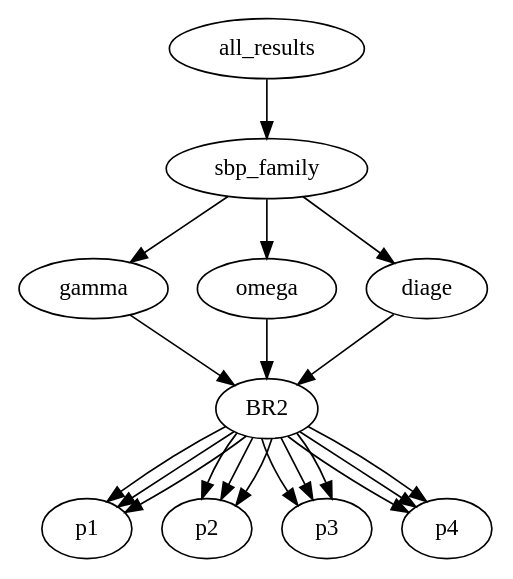
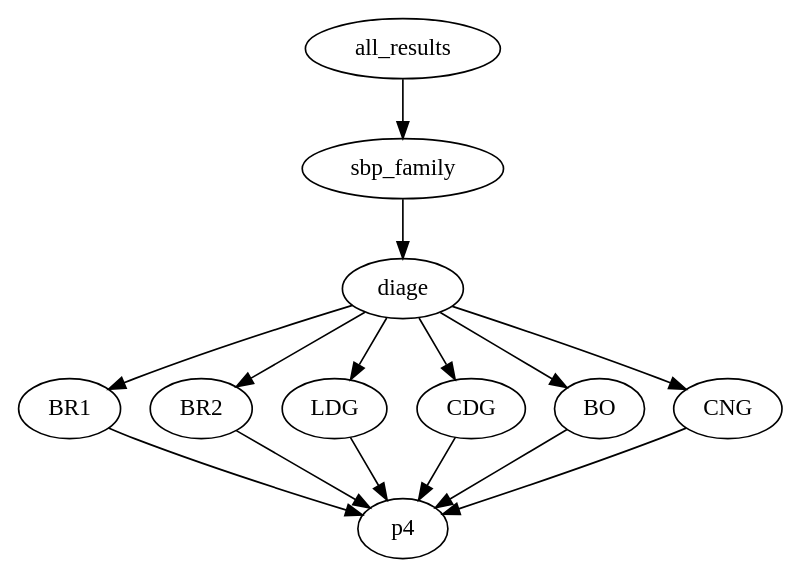
The diagram in visual/all_results_2d.dot (zolargwrk/PySBP), drawn with Graphviz before and after one commit. The commit also changed 60 other files, not shown here.

```diff
--- a/visual/all_results_2d.dot
+++ b/visual/all_results_2d.dot
@@ -1,41 +1,31 @@
 digraph tree {
     "all_results";
     "sbp_family";
-    "gamma";
+    "diage";
+    "BR1";
+    "p4";
     "BR2";
-    "p1";
-    "p2";
-    "p3";
     "p4";
-    "omega";
-    "BR2";
-    "p1";
-    "p2";
-    "p3";
+    "LDG";
     "p4";
-    "diage";
-    "BR2";
-    "p1";
-    "p2";
-    "p3";
+    "CDG";
+    "p4";
+    "BO";
+    "p4";
+    "CNG";
     "p4";
     "all_results" -> "sbp_family";
-    "sbp_family" -> "gamma";
-    "sbp_family" -> "omega";
     "sbp_family" -> "diage";
-    "gamma" -> "BR2";
-    "BR2" -> "p1";
-    "BR2" -> "p2";
-    "BR2" -> "p3";
+    "diage" -> "BR1";
+    "diage" -> "BR2";
+    "diage" -> "LDG";
+    "diage" -> "CDG";
+    "diage" -> "BO";
+    "diage" -> "CNG";
+    "BR1" -> "p4";
     "BR2" -> "p4";
-    "omega" -> "BR2";
-    "BR2" -> "p1";
-    "BR2" -> "p2";
-    "BR2" -> "p3";
-    "BR2" -> "p4";
-    "diage" -> "BR2";
-    "BR2" -> "p1";
-    "BR2" -> "p2";
-    "BR2" -> "p3";
-    "BR2" -> "p4";
+    "LDG" -> "p4";
+    "CDG" -> "p4";
+    "BO" -> "p4";
+    "CNG" -> "p4";
 }
```
